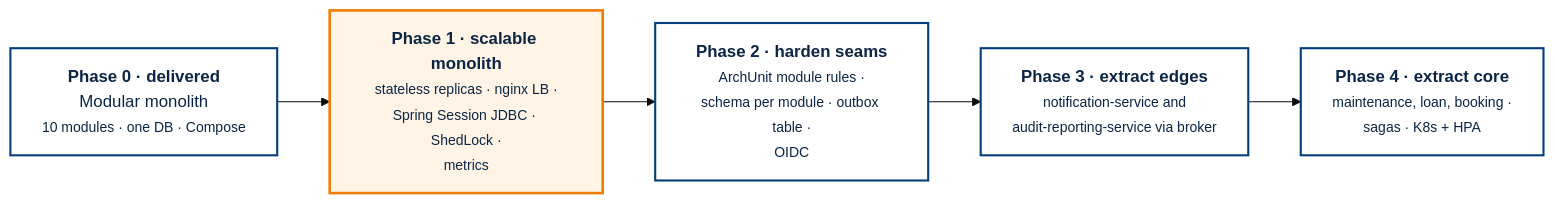
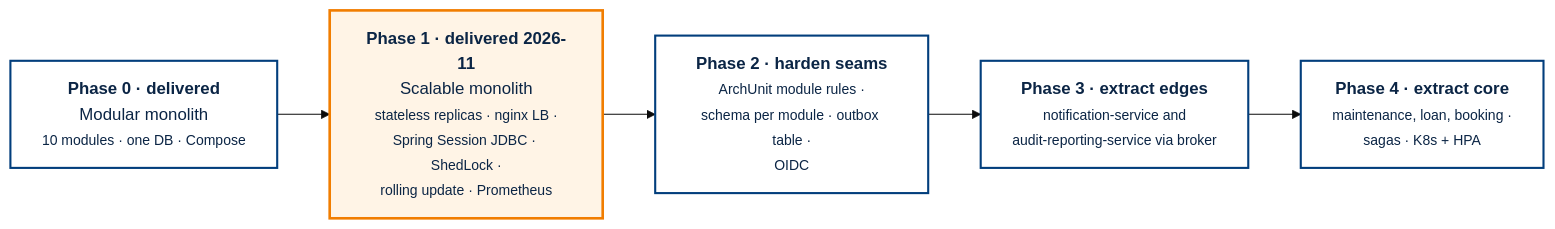
Before and after one commit to cpg25ncu/shared-equipment-reservation-and-maintenance-system: the diagram in docs/diagrams/report/20-migration-roadmap.mmd, drawn with Mermaid (base theme). The commit also changed 71 other files, not shown here.

First line of the commit message:
feat(scaling): scalable monolith with load balancing, shared sessions and rolling updates

```diff
--- a/docs/diagrams/report/20-migration-roadmap.mmd
+++ b/docs/diagrams/report/20-migration-roadmap.mmd
@@ -1,10 +1,10 @@
 %% Strangler-fig migration roadmap from modular monolith to microservices
 flowchart LR
   classDef ph fill:#FFFFFF,stroke:#023E7C,stroke-width:2px,color:#0B2545
   classDef now fill:#FFF4E6,stroke:#F17D00,stroke-width:2.5px,color:#0B2545
   P0["<b>Phase 0 · delivered</b><br/>Modular monolith<br/><small>10 modules · one DB · Compose</small>"]:::ph
-  P1["<b>Phase 1 · scalable monolith</b><br/><small>stateless replicas · nginx LB ·<br/>Spring Session JDBC · ShedLock ·<br/>metrics</small>"]:::now
+  P1["<b>Phase 1 · delivered 2026-11</b><br/>Scalable monolith<br/><small>stateless replicas · nginx LB ·<br/>Spring Session JDBC · ShedLock ·<br/>rolling update · Prometheus</small>"]:::now
   P2["<b>Phase 2 · harden seams</b><br/><small>ArchUnit module rules ·<br/>schema per module · outbox table ·<br/>OIDC</small>"]:::ph
   P3["<b>Phase 3 · extract edges</b><br/><small>notification-service and<br/>audit-reporting-service via broker</small>"]:::ph
   P4["<b>Phase 4 · extract core</b><br/><small>maintenance, loan, booking ·<br/>sagas · K8s + HPA</small>"]:::ph
   P0 --> P1 --> P2 --> P3 --> P4
```
